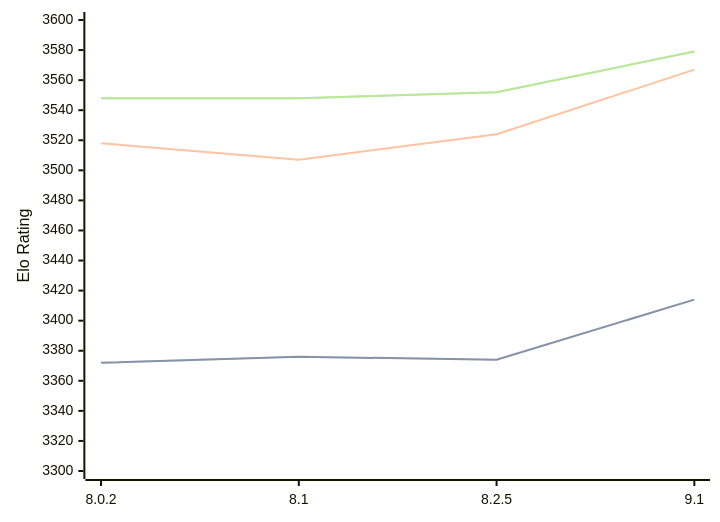
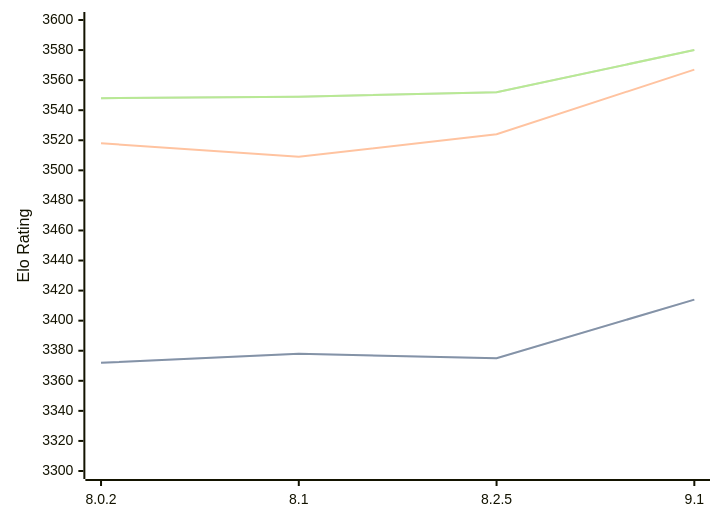
The diagram in engines/Clover.md (computer-chess-index/cci), drawn with Mermaid before and after one commit. The commit also changed other lines of this file, not shown here.

Commit message:
Update CCI Ratings (ELO VLTC) - 2026-02-19

````diff
--- a/engines/Clover.md
+++ b/engines/Clover.md
@@ -61,11 +61,11 @@
 ```mermaid
 %%{init: {"theme":"base","themeVariables":{"seriesColors:['#a3a3a3','#222221','#faa371']}}}%%
 xychart-beta
   x-axis ["8.0.2", "8.1", "8.2.5", "9.1"]
   y-axis "Elo Rating" 3300 --> 3600
-  line "STC (8.0+0.08s)" [3372, 3376, 3374, 3414]
-  line "STC (8.0+0.08s)" [3372, 3376, 3374, 3414]
-  line "LTC (60.0+0.60s)" [3518, 3507, 3524, 3567]
-  line "VLTC (2m24s+1.12s)" [3548, 3548, 3552, 3579]
-  line "VLTC (2m24s+1.12s)" [3548, 3548, 3552, 3579]
+  line "STC (8.0+0.08s)" [3372, 3378, 3375, 3414]
+  line "STC (8.0+0.08s)" [3372, 3378, 3375, 3414]
+  line "LTC (60.0+0.60s)" [3518, 3509, 3524, 3567]
+  line "VLTC (2m24s+1.12s)" [3548, 3549, 3552, 3580]
+  line "VLTC (2m24s+1.12s)" [3548, 3549, 3552, 3580]
 ```
````
